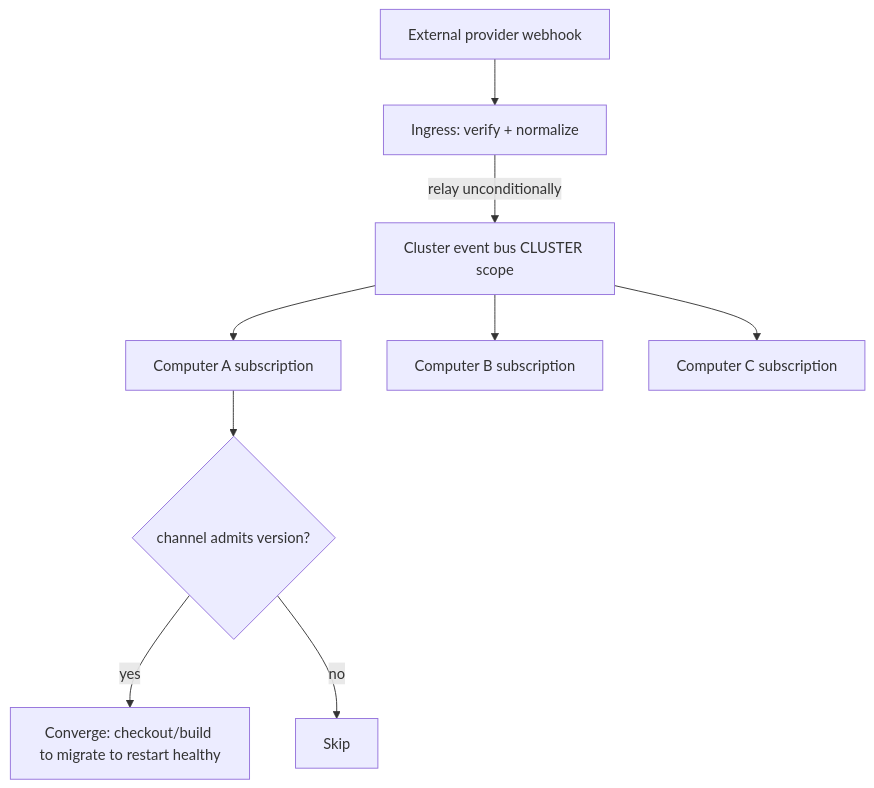
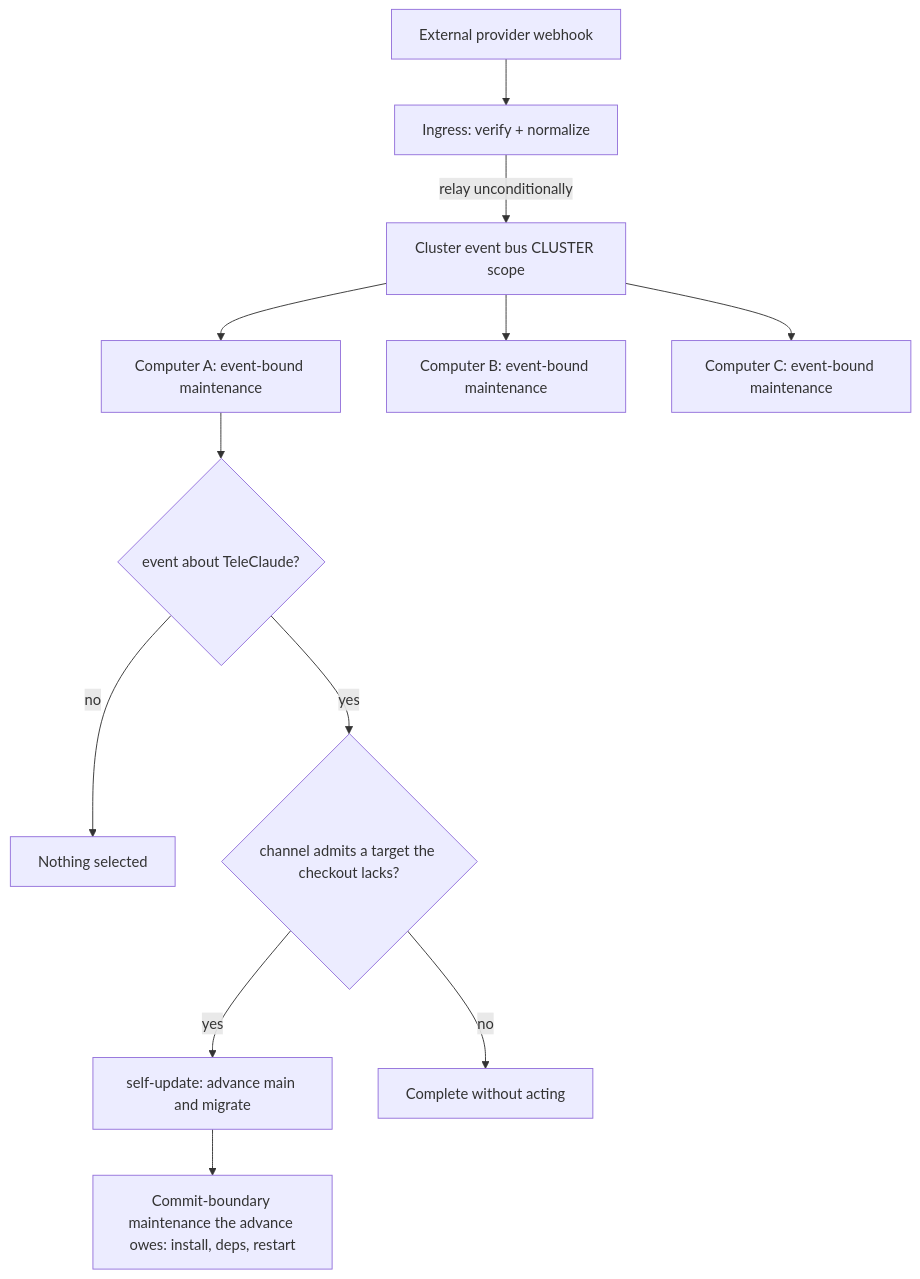
Before and after one commit to InstruktAI/TeleClaude: the diagram in docs/local/design/architecture/deployment-pipeline.md, drawn with Mermaid. The commit also changed other lines of this file and 21 other files, not shown here.

````diff
--- a/docs/local/design/architecture/deployment-pipeline.md
+++ b/docs/local/design/architecture/deployment-pipeline.md
@@ -121,11 +126,14 @@
 ```mermaid
 flowchart TD
     GH[External provider webhook] --> ING[Ingress: verify + normalize]
     ING -->|relay unconditionally| BUS[Cluster event bus CLUSTER scope]
-    BUS --> N1[Computer A subscription]
-    BUS --> N2[Computer B subscription]
-    BUS --> N3[Computer C subscription]
-    N1 --> P1{channel admits version?}
-    P1 -->|yes| C1[Converge: checkout/build to migrate to restart healthy]
-    P1 -->|no| S1[Skip]
+    BUS --> N1[Computer A: event-bound maintenance]
+    BUS --> N2[Computer B: event-bound maintenance]
+    BUS --> N3[Computer C: event-bound maintenance]
+    N1 --> O1{event about TeleClaude?}
+    O1 -->|no| S0[Nothing selected]
+    O1 -->|yes| P1{channel admits a target the checkout lacks?}
+    P1 -->|yes| C1[self-update: advance main and migrate]
+    C1 --> M1[Commit-boundary maintenance the advance owes: install, deps, restart]
+    P1 -->|no| S1[Complete without acting]
 ```
````
